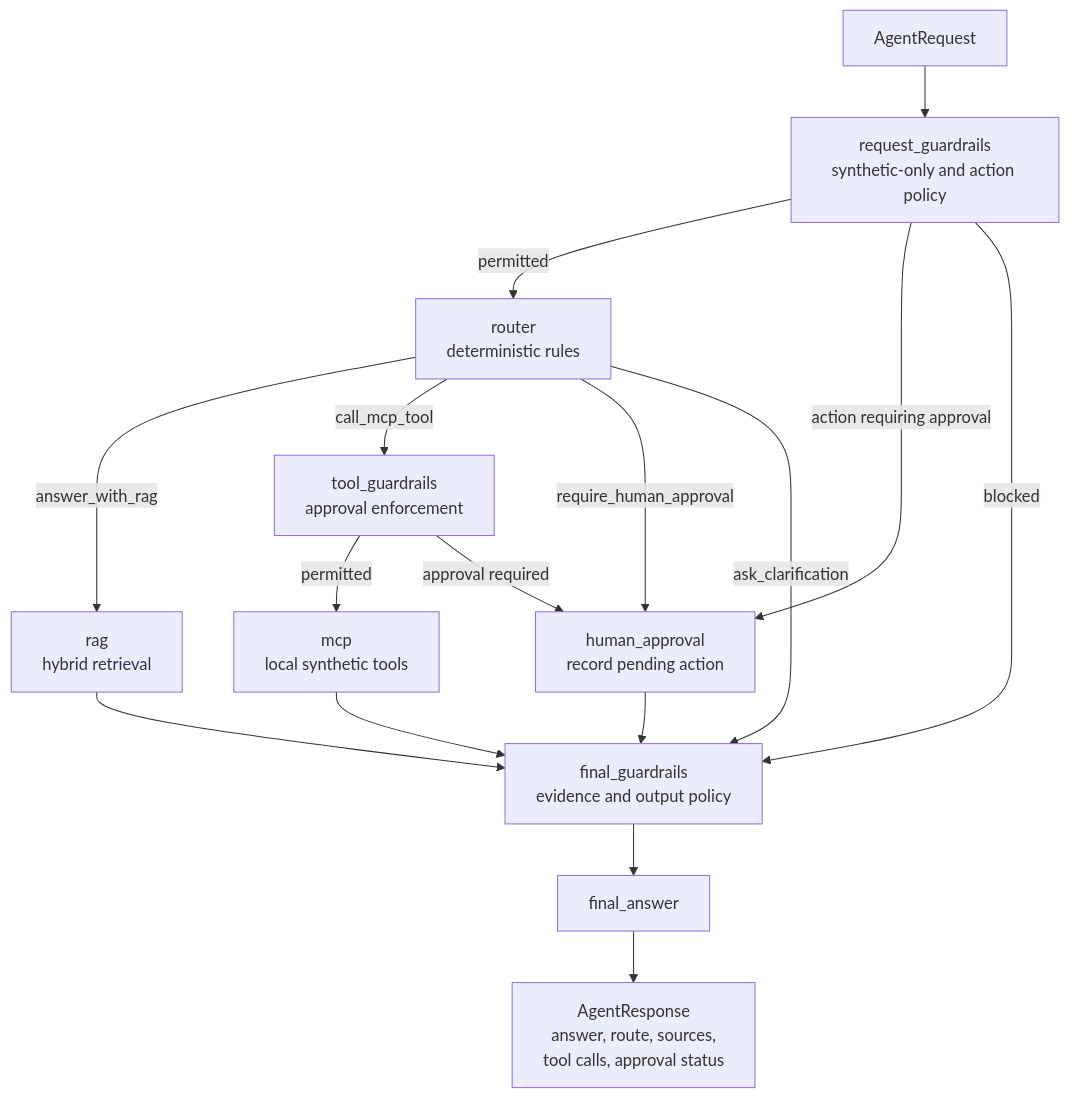
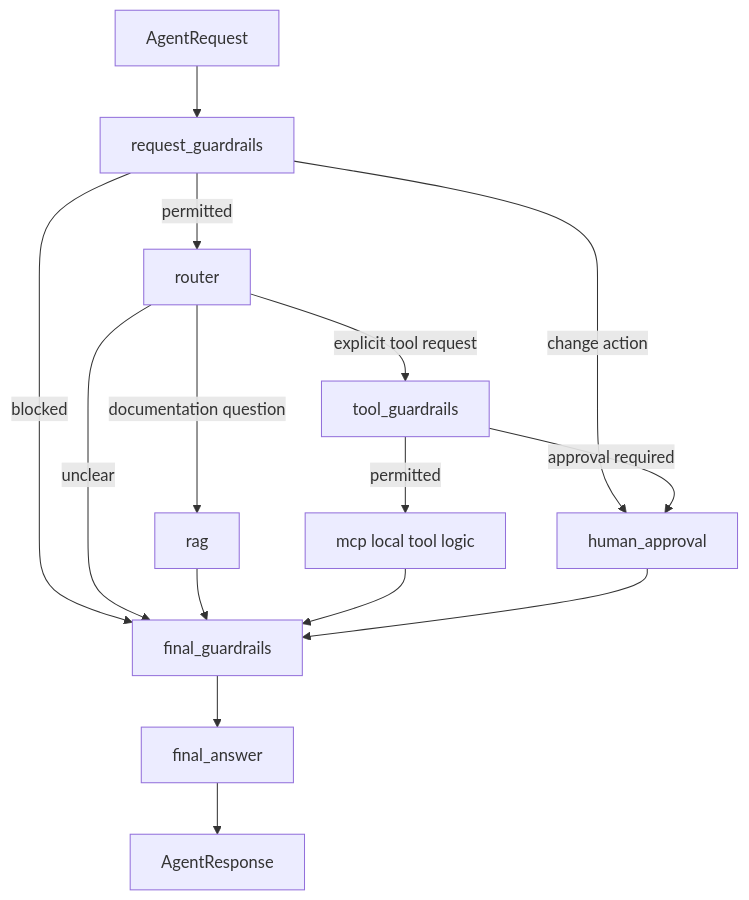
Before and after one commit to tonih23/enterprise-api-intelligence-agent: the second of 2 diagrams in docs/architecture.md, drawn with Mermaid. The commit also changed other lines of this file and 15 other files, not shown here.

````diff
--- a/docs/architecture.md
+++ b/docs/architecture.md
@@ -78,18 +50,17 @@
 ```mermaid
 flowchart TD
-    Start["AgentRequest"] --> RequestGuard["request_guardrails<br/>synthetic-only and action policy"]
-    RequestGuard -->|permitted| Router["router<br/>deterministic rules"]
-    RequestGuard -->|action requiring approval| Approval["human_approval<br/>record pending action"]
-    RequestGuard -->|blocked| FinalGuard["final_guardrails<br/>evidence and output policy"]
-    Router -->|answer_with_rag| RAG["rag<br/>hybrid retrieval"]
-    Router -->|call_mcp_tool| ToolGuard["tool_guardrails<br/>approval enforcement"]
-    ToolGuard -->|permitted| MCP["mcp<br/>local synthetic tools"]
+    Start["AgentRequest"] --> RequestGuard["request_guardrails"]
+    RequestGuard -->|permitted| Router["router"]
+    RequestGuard -->|change action| Approval["human_approval"]
+    RequestGuard -->|blocked| FinalGuard["final_guardrails"]
+    Router -->|documentation question| RAG["rag"]
+    Router -->|explicit tool request| ToolGuard["tool_guardrails"]
+    Router -->|unclear| FinalGuard
+    ToolGuard -->|permitted| Tool["mcp local tool logic"]
     ToolGuard -->|approval required| Approval
-    Router -->|require_human_approval| Approval
-    Router -->|ask_clarification| FinalGuard
     RAG --> FinalGuard
-    MCP --> FinalGuard
+    Tool --> FinalGuard
     Approval --> FinalGuard
-    FinalGuard --> Final["final_answer"]
-    Final --> Output["AgentResponse<br/>answer, route, sources,<br/>tool calls, approval status"]
+    FinalGuard --> Answer["final_answer"]
+    Answer --> Output["AgentResponse"]
 ```
````
